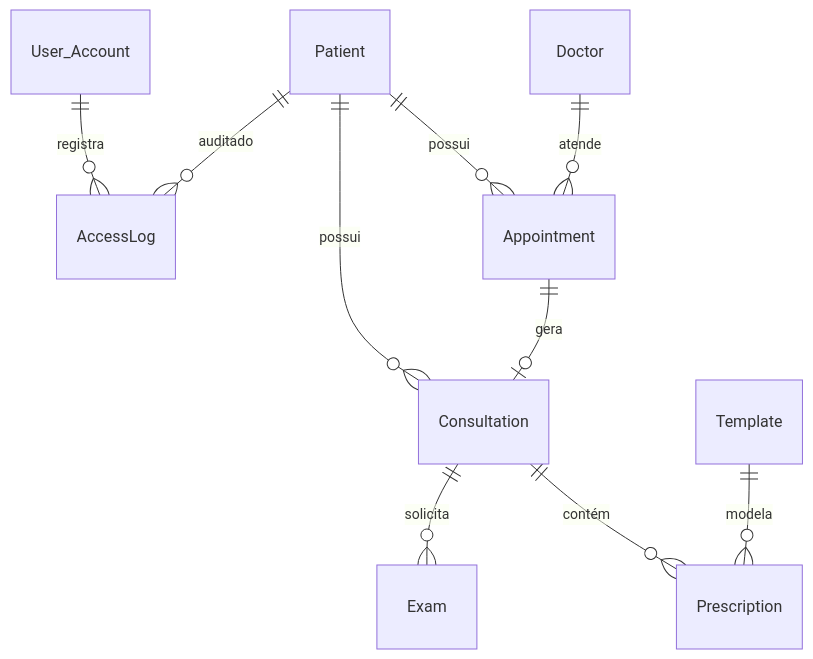
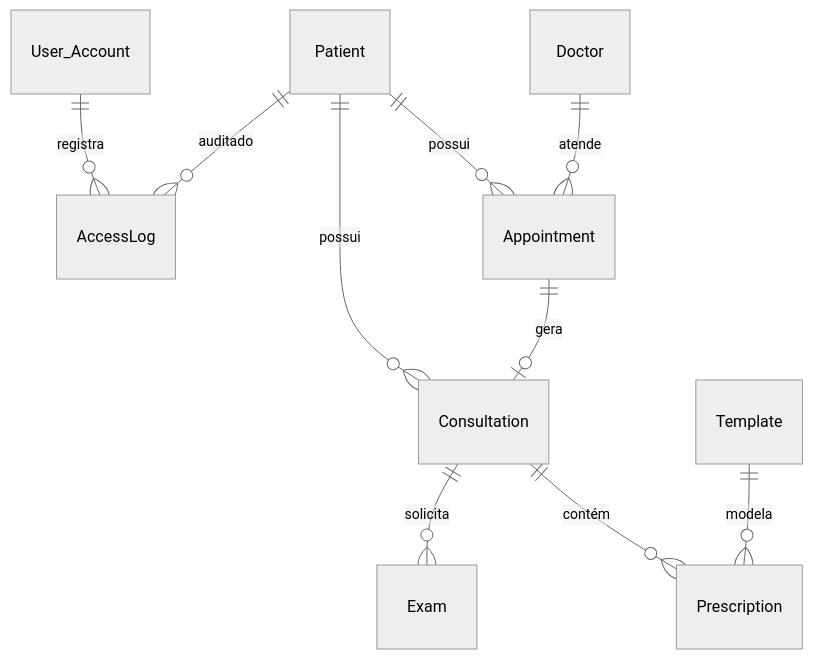
One commit to Adriano1976/prontuario-facil changed the third of 4 diagrams in README.md. Above: the diagram before and after it, drawn with Mermaid. The commit also changed other lines of this file, not shown here.

Commit message:
docs: atualiza README do projeto

````diff
--- a/README.md
+++ b/README.md
@@ -210,13 +210,13 @@
 ```mermaid
-%%{ init: { 'theme': 'black', 'themeVariables': { 'fontSize': '16px' } } }%%
+%%{ init: { 'theme': 'neutral', 'themeVariables': { 'fontSize': '16px' } } }%%
 erDiagram
     Patient ||--o{ Appointment : "possui"
     Doctor ||--o{ Appointment : "atende"
     Appointment ||--o| Consultation : "gera"
     Patient ||--o{ Consultation : "possui"
     Consultation ||--o{ Prescription : "contém"
     Consultation ||--o{ Exam : "solicita"
     Template ||--o{ Prescription : "modela"
     Patient ||--o{ AccessLog : "auditado"
     User_Account ||--o{ AccessLog : "registra"
 ```
````
